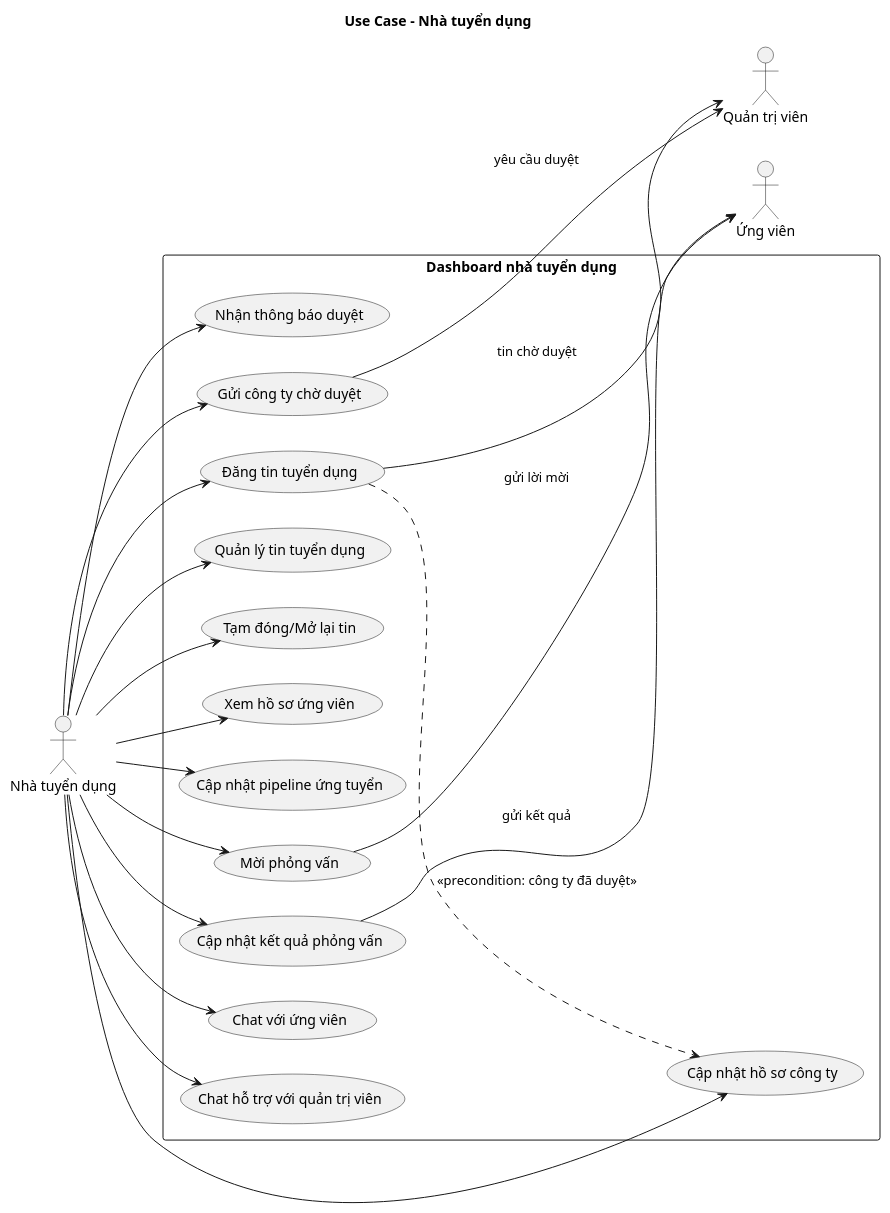
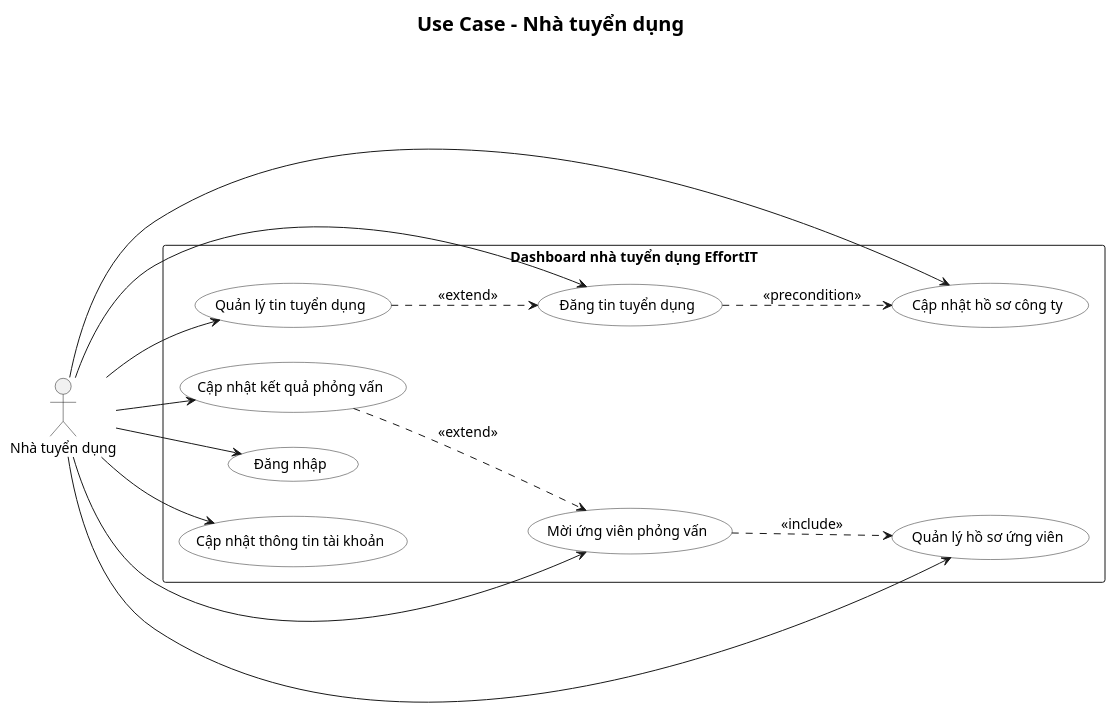
The diagram in docs/so-do/01-usecase/04-usecase-nha-tuyen-dung.puml (hole-six/DoAn), drawn with PlantUML before and after one commit. The commit also changed other lines of this file and 201 other files, not shown here.

```diff
--- a/docs/so-do/01-usecase/04-usecase-nha-tuyen-dung.puml
+++ b/docs/so-do/01-usecase/04-usecase-nha-tuyen-dung.puml
@@ -1,43 +1,42 @@
 @startuml
+skinparam defaultFontName "Segoe UI"
+skinparam titleFontName "Segoe UI"
+skinparam defaultFontSize 14
+skinparam titleFontSize 20
 left to right direction
 skinparam shadowing false
+skinparam packageStyle rectangle
+skinparam actorStyle stick
+skinparam usecase {
+  BackgroundColor White
+  BorderColor #222222
+}
 title Use Case - Nhà tuyển dụng
 
 actor "Nhà tuyển dụng" as Employer
-actor "Ứng viên" as Candidate
-actor "Quản trị viên" as Admin
 
-rectangle "Dashboard nhà tuyển dụng" {
-  usecase "Cập nhật hồ sơ công ty" as Company
-  usecase "Gửi công ty chờ duyệt" as SubmitCompany
+rectangle "Dashboard nhà tuyển dụng EffortIT" {
+  usecase "Đăng nhập" as Login
+  usecase "Cập nhật thông tin tài khoản" as UpdateAccount
+  usecase "Cập nhật hồ sơ công ty" as UpdateCompany
   usecase "Đăng tin tuyển dụng" as PostJob
   usecase "Quản lý tin tuyển dụng" as ManageJob
-  usecase "Tạm đóng/Mở lại tin" as ToggleJob
-  usecase "Xem hồ sơ ứng viên" as ViewCandidate
-  usecase "Cập nhật pipeline ứng tuyển" as Pipeline
-  usecase "Mời phỏng vấn" as Schedule
-  usecase "Cập nhật kết quả phỏng vấn" as Result
-  usecase "Chat với ứng viên" as ChatCandidate
-  usecase "Chat hỗ trợ với quản trị viên" as ChatAdmin
-  usecase "Nhận thông báo duyệt" as Notify
+  usecase "Quản lý hồ sơ ứng viên" as Applications
+  usecase "Mời ứng viên phỏng vấn" as InviteInterview
+  usecase "Cập nhật kết quả phỏng vấn" as InterviewResult
 }
 
-Employer --> Company
-Employer --> SubmitCompany
+Employer --> Login
+Employer --> UpdateAccount
+Employer --> UpdateCompany
 Employer --> PostJob
 Employer --> ManageJob
-Employer --> ToggleJob
-Employer --> ViewCandidate
-Employer --> Pipeline
-Employer --> Schedule
-Employer --> Result
-Employer --> ChatCandidate
-Employer --> ChatAdmin
-Employer --> Notify
+Employer --> Applications
+Employer --> InviteInterview
+Employer --> InterviewResult
 
-SubmitCompany --> Admin : yêu cầu duyệt
-PostJob ..> Company : <<precondition: công ty đã duyệt>>
-PostJob --> Admin : tin chờ duyệt
-Schedule --> Candidate : gửi lời mời
-Result --> Candidate : gửi kết quả
+PostJob ..> UpdateCompany : <<precondition>>
+ManageJob ..> PostJob : <<extend>>
+InviteInterview ..> Applications : <<include>>
+InterviewResult ..> InviteInterview : <<extend>>
 @enduml
```
